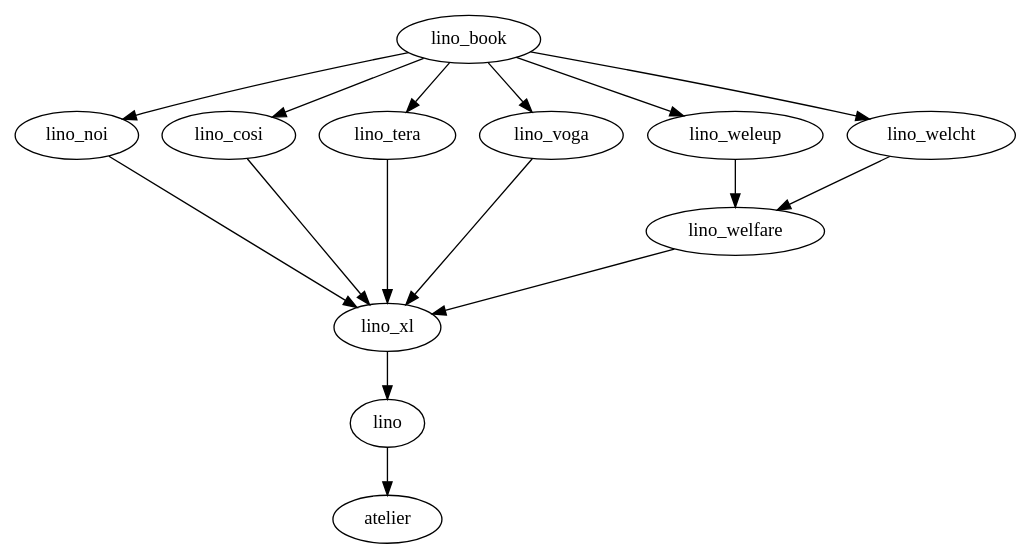
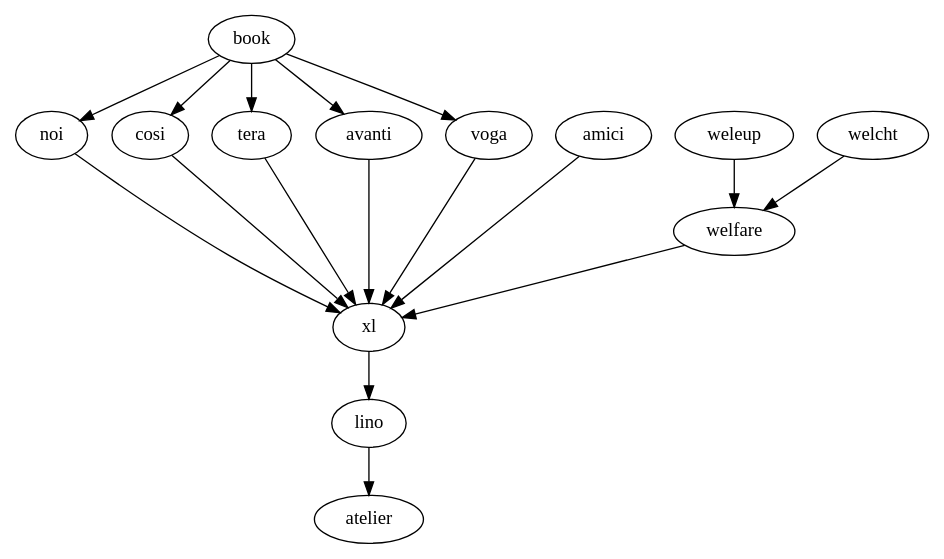
One commit to lino-framework/book changed the diagram in docs/dev/overview.rst. Above: the diagram before and after it, drawn with Graphviz. The commit also changed other lines of this file and 3 other files, not shown here.

```diff
--- a/docs/dev/overview.rst
+++ b/docs/dev/overview.rst
@@ -55,40 +214,35 @@
 
     { rank = same;
         # applications;
-        lino_noi;
-        lino_cosi;
-        lino_tera;
-        lino_voga;
-        lino_weleup;
-        lino_welcht;
+        noi;
+        cosi;
+        tera;
+        avanti;
+        voga;
+        weleup;
+        welcht;
+        amici;
     }
 
     lino -> atelier;
-    lino_xl -> lino;
-    lino_noi -> lino_xl;
-    lino_cosi -> lino_xl;
-    lino_tera -> lino_xl;
-    # lino_avanti -> lino_xl;
-    lino_voga -> lino_xl;
-    lino_weleup -> lino_welfare;
-    lino_welcht -> lino_welfare;
+    xl -> lino;
+    noi -> xl;
+    cosi -> xl;
+    tera -> xl;
+    avanti -> xl;
+    voga -> xl;
+    amici -> xl;
+    weleup -> welfare;
+    welcht -> welfare;
 
-    lino_book -> lino_noi;
-    lino_book -> lino_cosi;
-    lino_book -> lino_voga;
-    lino_book -> lino_tera;
-    # lino_book -> lino_avanti;
-    lino_book -> lino_weleup;
-    lino_book -> lino_welcht;
+    book -> noi;
+    book -> cosi;
+    book -> voga;
+    book -> tera;
+    book -> avanti;
+    # book -> weleup;
+    # book -> welcht;
 
-    lino_welfare -> lino_xl;
+    welfare -> xl;
 
-    /**
-
-    commondata -> atelier;
-    lino_book -> commondata;
-
-    lino_voga -> lino_cosi;
-    lino_welfare -> lino_cosi;
-    **/
    }
```
